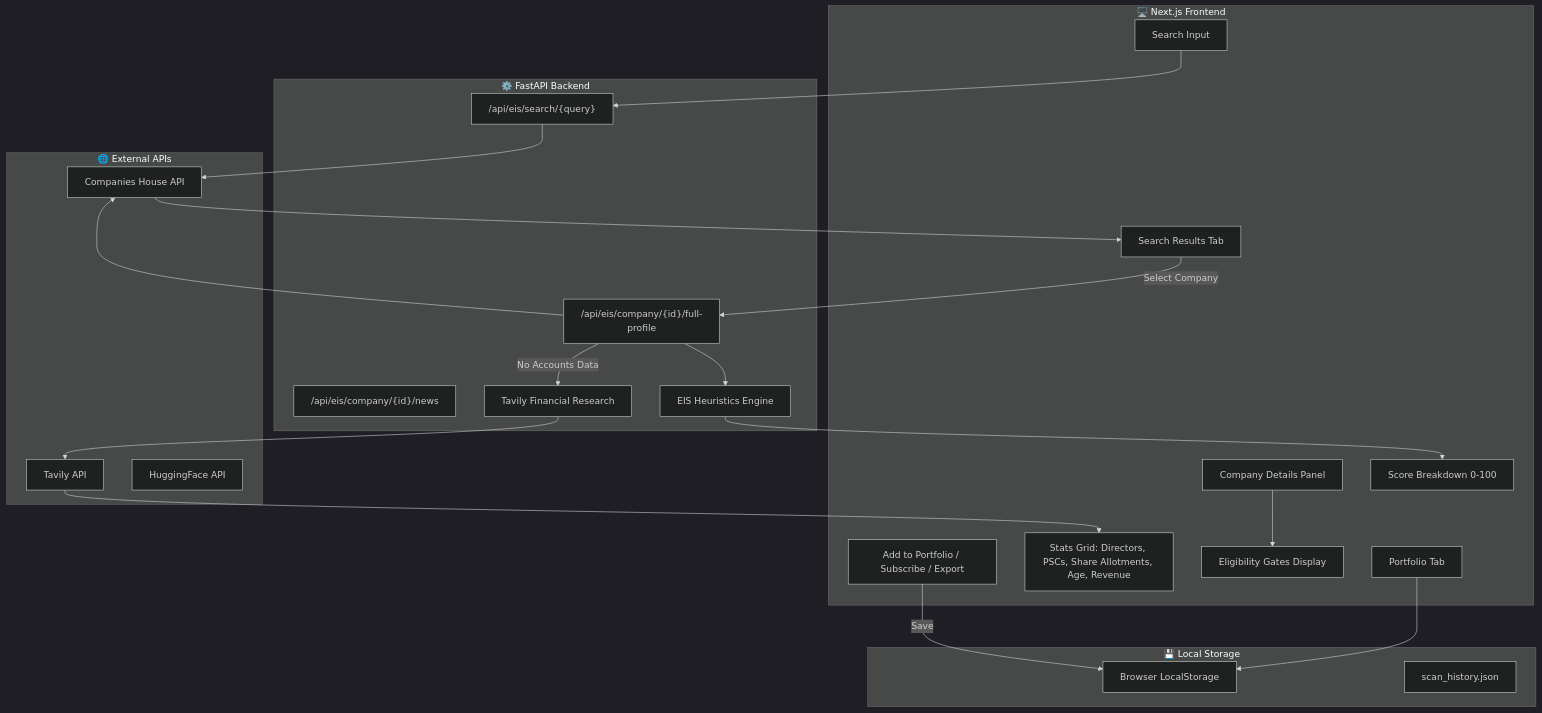
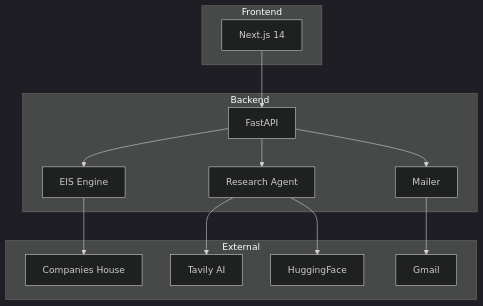
The sixth of 6 diagrams in EIS_ARCHITECTURE.md (nagasriramnani/Currency-Intelligence-Platform-V2), drawn with Mermaid (dark theme) before and after one commit. The commit also changed other lines of this file, not shown here.

Commit message:
docs: Clean simplified EIS architecture for Word export

````diff
--- a/EIS_ARCHITECTURE.md
+++ b/EIS_ARCHITECTURE.md
@@ -15,49 +136,26 @@
 ```mermaid
-flowchart TB
-    subgraph Frontend["🖥️ Next.js Frontend"]
-        SearchBar[Search Input]
-        PortfolioTab[Portfolio Tab]
-        SearchTab[Search Results Tab]
-        CompanyDetails[Company Details Panel]
-        StatsGrid[Stats Grid: Directors, PSCs, Share Allotments, Age, Revenue]
-        EligibilityGates[Eligibility Gates Display]
-        ScoreBreakdown[Score Breakdown 0-100]
-        ActionButtons[Add to Portfolio / Subscribe / Export]
+graph TB
+    subgraph Frontend
+        A[Next.js 14]
     end
-
-    subgraph Backend["⚙️ FastAPI Backend"]
-        SearchAPI["/api/eis/search/{query}"]
-        ProfileAPI["/api/eis/company/{id}/full-profile"]
-        NewsAPI["/api/eis/company/{id}/news"]
-        EISEngine[EIS Heuristics Engine]
-        TavilyFinancial[Tavily Financial Research]
+    
+    subgraph Backend
+        B[FastAPI]
+        C[EIS Engine]
+        D[Research Agent]
+        E[Mailer]
     end
-
-    subgraph External["🌐 External APIs"]
-        CompaniesHouse["Companies House API"]
-        TavilyAPI["Tavily API"]
-        HuggingFace["HuggingFace API"]
+    
+    subgraph External
+        F[Companies House]
+        G[Tavily AI]
+        H[HuggingFace]
+        I[Gmail]
     end
-
-    subgraph Storage["💾 Local Storage"]
-        LocalPortfolio[Browser LocalStorage]
-        ScanHistory[scan_history.json]
-    end
-
-    SearchBar --> SearchAPI
-    SearchAPI --> CompaniesHouse
-    CompaniesHouse --> SearchTab
     
-    SearchTab -->|Select Company| ProfileAPI
-    ProfileAPI --> CompaniesHouse
-    ProfileAPI --> EISEngine
-    EISEngine --> ScoreBreakdown
-    
-    ProfileAPI -->|No Accounts Data| TavilyFinancial
-    TavilyFinancial --> TavilyAPI
-    TavilyAPI --> StatsGrid
-    
-    CompanyDetails --> EligibilityGates
-    ActionButtons -->|Save| LocalPortfolio
-    PortfolioTab --> LocalPortfolio
+    A --> B
+    B --> C --> F
+    B --> D --> G
+    D --> H
+    B --> E --> I
 ```
````
